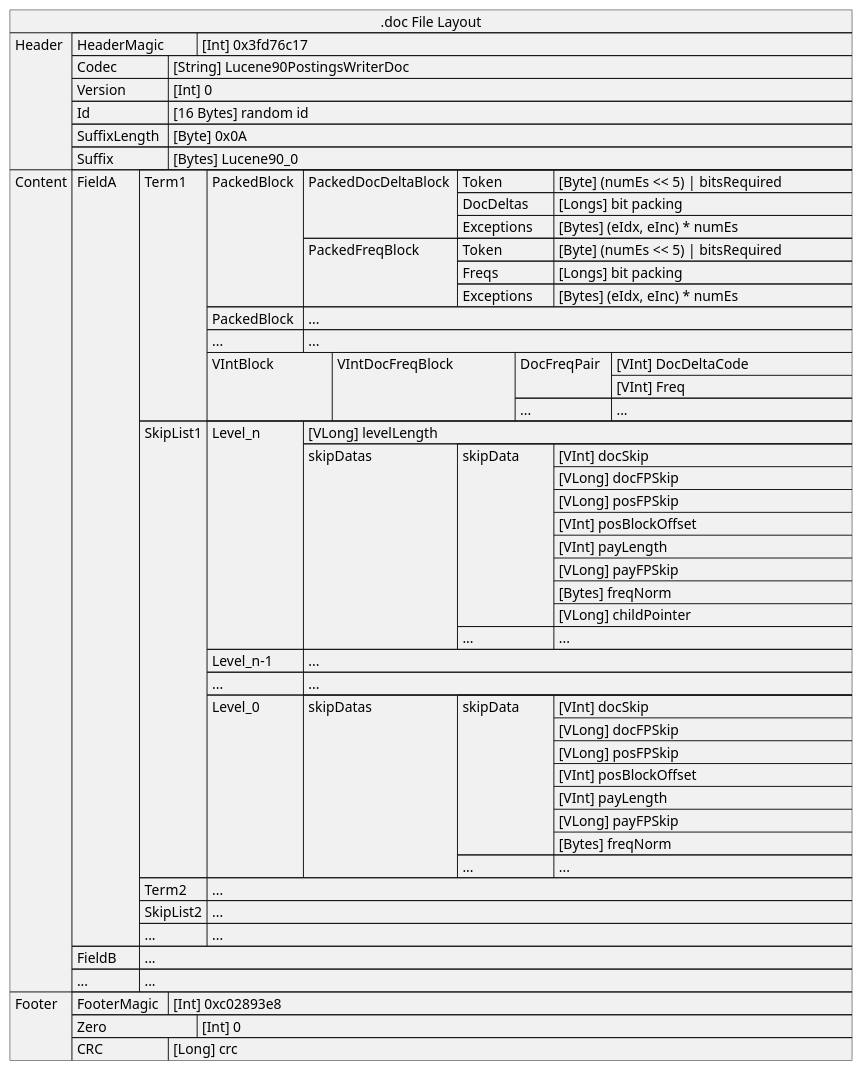
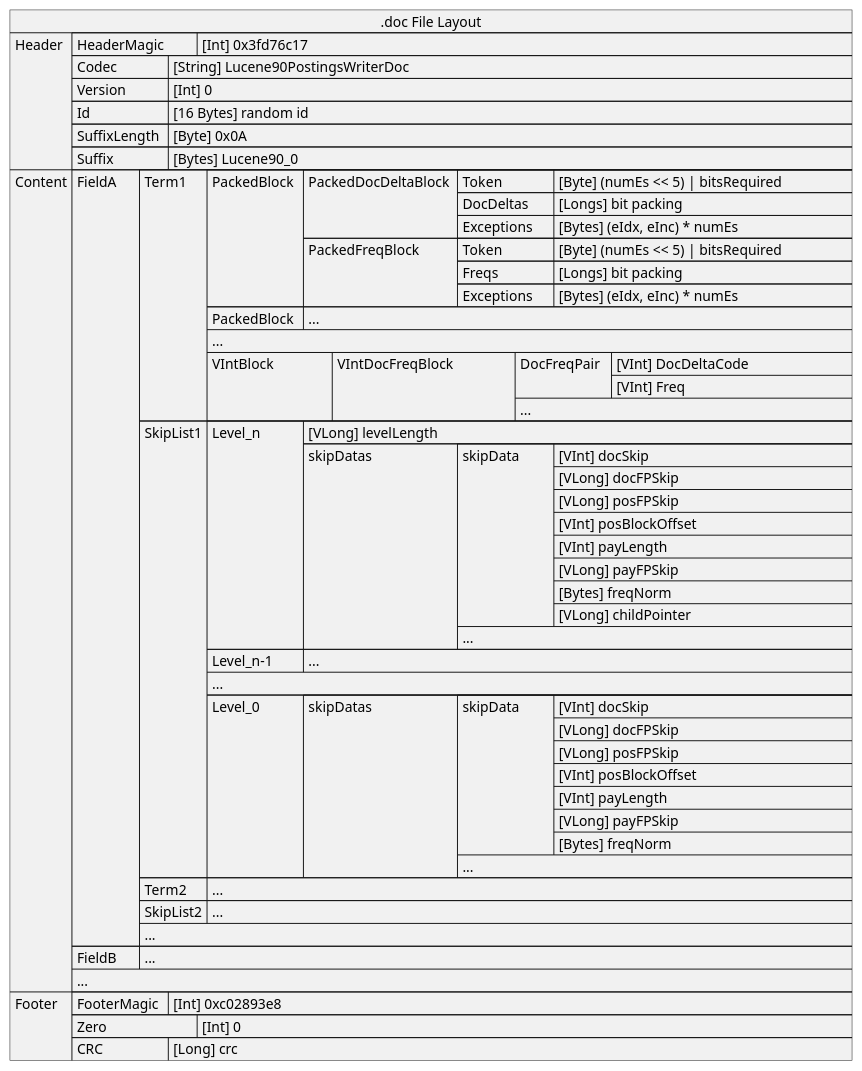
Before and after one commit to big-peter/lucene: the diagram in uml/01.doc.puml, drawn with PlantUML. The commit also changed other lines of this file and 4 other files, not shown here.

Commit message:
add tim diagram

```diff
--- a/uml/01.doc.puml
+++ b/uml/01.doc.puml
@@ -44,87 +46,87 @@
 @startuml
 json ".doc File Layout" as J {
    "Header":[
       {"HeaderMagic\t": "[Int] 0x3fd76c17"},
       {"Codec\t\t": "[String] Lucene90PostingsWriterDoc"},
       {"Version\t\t": "[Int] 0"},
       {"Id\t\t\t": "[16 Bytes] random id"},
       {"SuffixLength\t": "[Byte] 0x0A"},
       {"Suffix\t\t": "[Bytes] Lucene90_0"}
    ],
    "Content":[
     {"FieldA\t": [
       {"Term1\t": [
          {"PackedBlock\t":[
             {"PackedDocDeltaBlock\t":[
                {"Token\t\t": "[Byte] (numEs << 5) | bitsRequired\t"},
                {"DocDeltas\t": "[Longs] bit packing"},
                {"Exceptions\t": "[Bytes] (eIdx, eInc) * numEs"}
             ]},
             {"PackedFreqBlock\t\t":[
               {"Token\t\t": "[Byte] (numEs << 5) | bitsRequired\t"},
               {"Freqs\t\t": "[Longs] bit packing"},
               {"Exceptions\t": "[Bytes] (eIdx, eInc) * numEs"}
             ]}
          ]},
          {"PackedBlock\t":["..."]},
-         {"...\t\t\t":["..."]},
+         "...",
          {"VIntBlock\t\t":[
             {"VIntDocFreqBlock\t\t": [
                {"DocFreqPair\t": [
                   "[VInt] DocDeltaCode\t\t\t\t",
                   "[VInt] Freq"
                ]},
-               {"...\t\t\t": ["..."]}
+               "..."
             ]}
          ]}
       ]},
       {"SkipList1\t": [
          {"Level_n\t\t": [
             "[VLong] levelLength",
             {"skipDatas\t\t\t":[
                {"skipData\t\t":[
                   "[VInt] docSkip",
                   "[VLong] docFPSkip",
                   "[VLong] posFPSkip",
                   "[VInt] posBlockOffset\t\t\t\t",
                   "[VInt] payLength",
                   "[VLong] payFPSkip",
                   "[Bytes] freqNorm",
                   "[VLong] childPointer"
                ]},
-               {"...\t\t\t": "..."}
+               "..."
             ]
             }
          ]},
          {"Level_n-1\t": ["..."]},
-         {"...\t\t\t": ["..."]},
+         "...",
          {"Level_0\t\t": [
             {"skipDatas\t\t\t":[
                {"skipData\t\t":[
                   "[VInt] docSkip",
                   "[VLong] docFPSkip",
                   "[VLong] posFPSkip",
                   "[VInt] posBlockOffset\t\t\t\t",
                   "[VInt] payLength",
                   "[VLong] payFPSkip",
                   "[Bytes] freqNorm"
                ]},
-               {"...\t\t\t": "..."}
+               "..."
             ]
             }
          ]}
       ]},
       {"Term2\t": ["..."]},
       {"SkipList2\t": ["..."]},
-      {"...\t\t": ["..."]}
+      "..."
     ]},
     {"FieldB\t":["..."]},
-    {"...\t\t":["..."]}
+    "..."
    ],
    "Footer":[
       {"FooterMagic\t": "[Int] 0xc02893e8"},
       {"Zero\t\t\t": "[Int] 0"},
       {"CRC\t\t\t": "[Long] crc"}
    ]
 }
 @enduml
```
